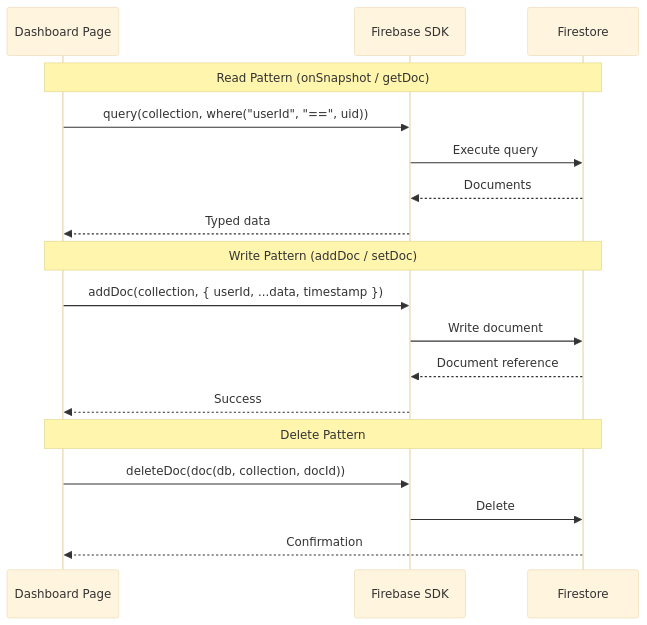
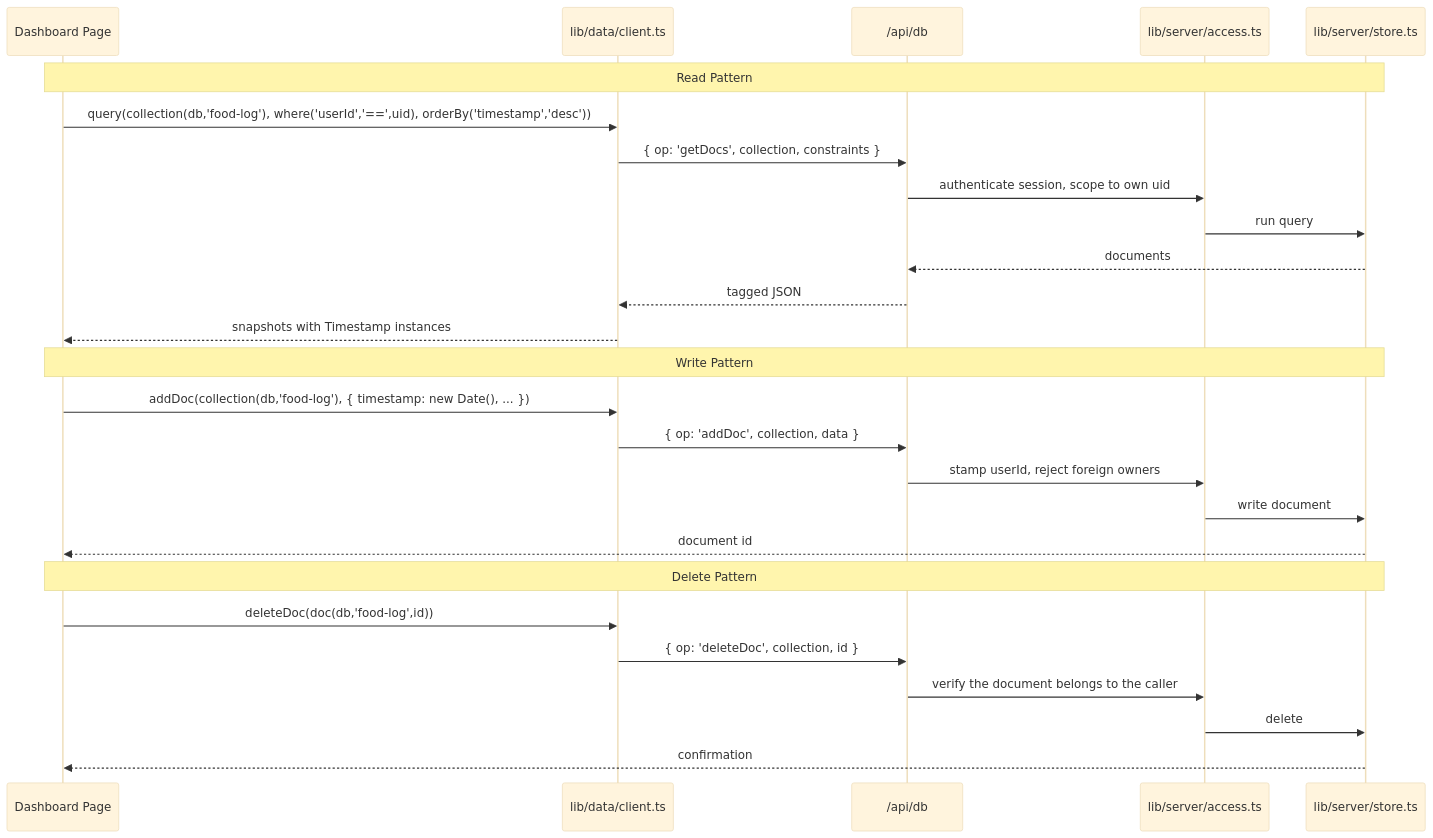
The third of 4 diagrams in docs/code/README.md (knotking/healthgeek), drawn with Mermaid (base theme) before and after one commit. The commit also changed other lines of this file and 67 other files, not shown here.

````diff
--- a/docs/code/README.md
+++ b/docs/code/README.md
@@ -205,23 +220,31 @@
 ```mermaid
 sequenceDiagram
     participant Page as Dashboard Page
-    participant FB as Firebase SDK
-    participant FS as Firestore
+    participant C as lib/data/client.ts
+    participant R as /api/db
+    participant A as lib/server/access.ts
+    participant S as lib/server/store.ts
 
-    Note over Page,FS: Read Pattern (onSnapshot / getDoc)
-    Page->>FB: query(collection, where("userId", "==", uid))
-    FB->>FS: Execute query
-    FS-->>FB: Documents
-    FB-->>Page: Typed data
+    Note over Page,S: Read Pattern
+    Page->>C: query(collection(db,'food-log'), where('userId','==',uid), orderBy('timestamp','desc'))
+    C->>R: { op: 'getDocs', collection, constraints }
+    R->>A: authenticate session, scope to own uid
+    A->>S: run query
+    S-->>R: documents
+    R-->>C: tagged JSON
+    C-->>Page: snapshots with Timestamp instances
 
-    Note over Page,FS: Write Pattern (addDoc / setDoc)
-    Page->>FB: addDoc(collection, { userId, ...data, timestamp })
-    FB->>FS: Write document
-    FS-->>FB: Document reference
-    FB-->>Page: Success
+    Note over Page,S: Write Pattern
+    Page->>C: addDoc(collection(db,'food-log'), { timestamp: new Date(), ... })
+    C->>R: { op: 'addDoc', collection, data }
+    R->>A: stamp userId, reject foreign owners
+    A->>S: write document
+    S-->>Page: document id
 
-    Note over Page,FS: Delete Pattern
-    Page->>FB: deleteDoc(doc(db, collection, docId))
-    FB->>FS: Delete
-    FS-->>Page: Confirmation
+    Note over Page,S: Delete Pattern
+    Page->>C: deleteDoc(doc(db,'food-log',id))
+    C->>R: { op: 'deleteDoc', collection, id }
+    R->>A: verify the document belongs to the caller
+    A->>S: delete
+    S-->>Page: confirmation
 ```
````
